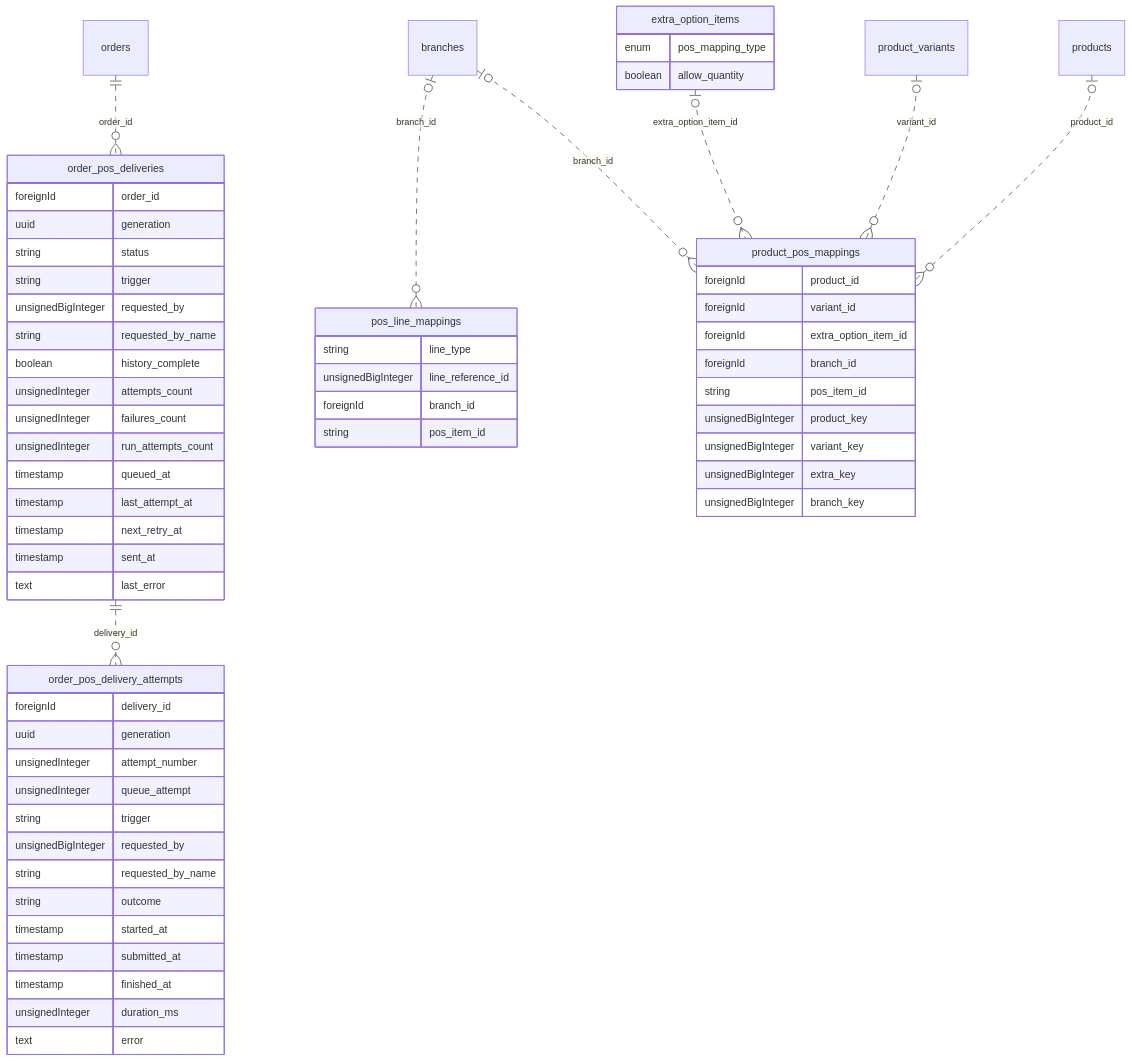
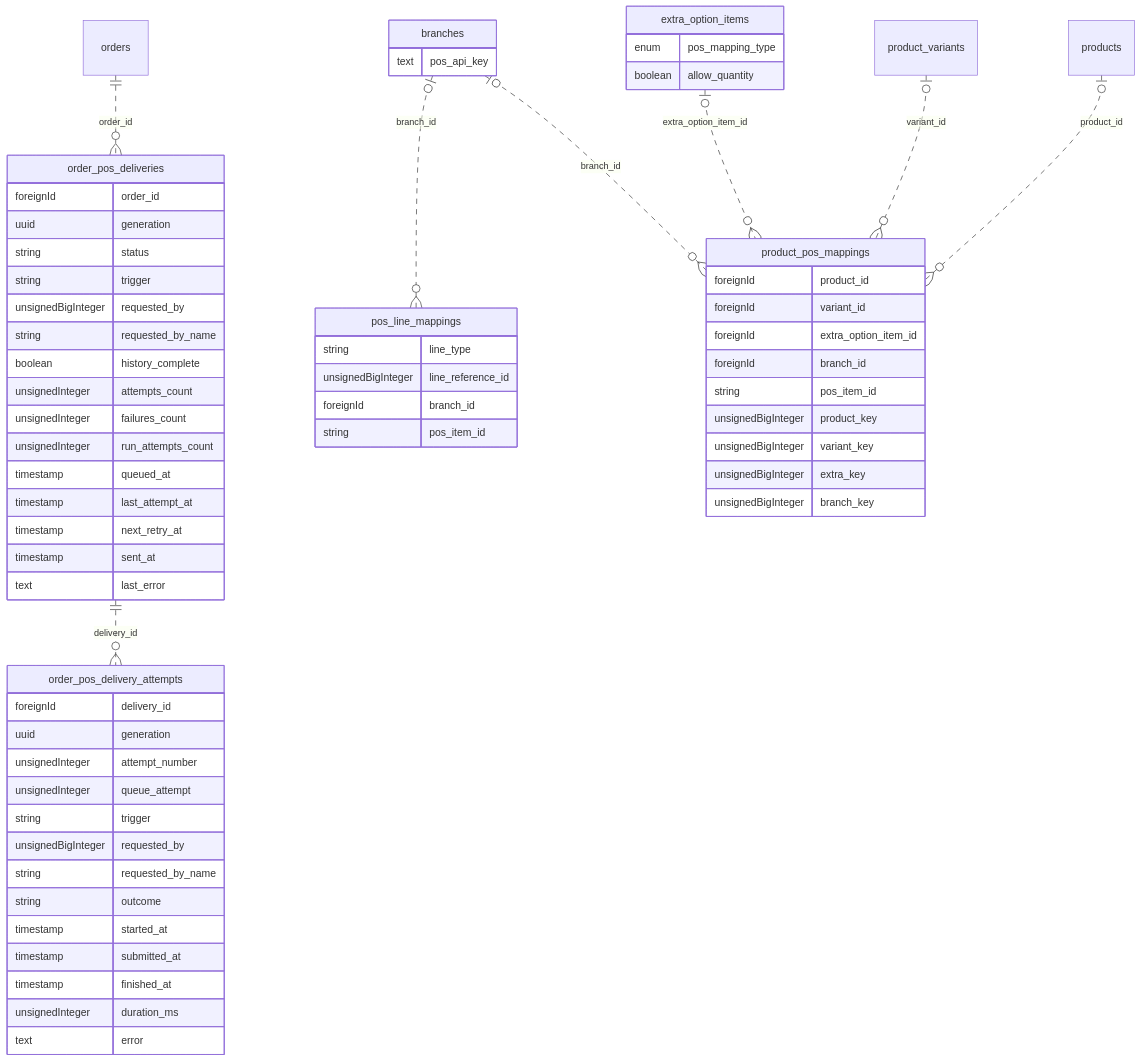
One commit to habibGamal/turbo_tenant changed the diagram in docs/engineering-atlas/diagrams/schema-tenant-posintegration.mmd. Above: the diagram before and after it, drawn with Mermaid. The commit also changed 131 other files, not shown here.

```diff
--- a/docs/engineering-atlas/diagrams/schema-tenant-posintegration.mmd
+++ b/docs/engineering-atlas/diagrams/schema-tenant-posintegration.mmd
@@ -1,68 +1,71 @@
 erDiagram
+  nf1e3efb0f08e["branches"] {
+    text pos_api_key
+  }
   n5bd7fa5bd2cd["extra_option_items"] {
     enum pos_mapping_type
     boolean allow_quantity
   }
   n158cfc484e81["order_pos_deliveries"] {
     foreignId order_id
     uuid generation
     string status
     string trigger
     unsignedBigInteger requested_by
     string requested_by_name
     boolean history_complete
     unsignedInteger attempts_count
     unsignedInteger failures_count
     unsignedInteger run_attempts_count
     timestamp queued_at
     timestamp last_attempt_at
     timestamp next_retry_at
     timestamp sent_at
     text last_error
   }
   n0c3b5ea58ff8["orders"]
   n0c3b5ea58ff8 ||..o{ n158cfc484e81 : "order_id"
   n9ebe7d7bc912["order_pos_delivery_attempts"] {
     foreignId delivery_id
     uuid generation
     unsignedInteger attempt_number
     unsignedInteger queue_attempt
     string trigger
     unsignedBigInteger requested_by
     string requested_by_name
     string outcome
     timestamp started_at
     timestamp submitted_at
     timestamp finished_at
     unsignedInteger duration_ms
     text error
   }
   n158cfc484e81["order_pos_deliveries"]
   n158cfc484e81 ||..o{ n9ebe7d7bc912 : "delivery_id"
   n38c49504cbd8["pos_line_mappings"] {
     string line_type
     unsignedBigInteger line_reference_id
     foreignId branch_id
     string pos_item_id
   }
   nf1e3efb0f08e["branches"]
   nf1e3efb0f08e |o..o{ n38c49504cbd8 : "branch_id"
   n9ea7e4288c7e["product_pos_mappings"] {
     foreignId product_id
     foreignId variant_id
     foreignId extra_option_item_id
     foreignId branch_id
     string pos_item_id
     unsignedBigInteger product_key
     unsignedBigInteger variant_key
     unsignedBigInteger extra_key
     unsignedBigInteger branch_key
   }
   n12d52f1ad2fe["products"]
   n12d52f1ad2fe |o..o{ n9ea7e4288c7e : "product_id"
   n7112e8f7884a["product_variants"]
   n7112e8f7884a |o..o{ n9ea7e4288c7e : "variant_id"
   n5bd7fa5bd2cd["extra_option_items"]
   n5bd7fa5bd2cd |o..o{ n9ea7e4288c7e : "extra_option_item_id"
   nf1e3efb0f08e["branches"]
   nf1e3efb0f08e |o..o{ n9ea7e4288c7e : "branch_id"
```
